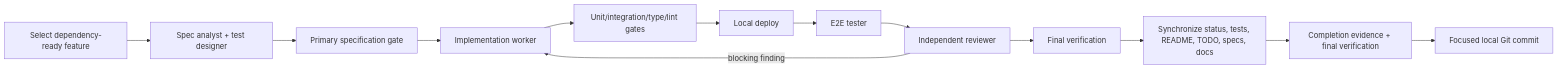
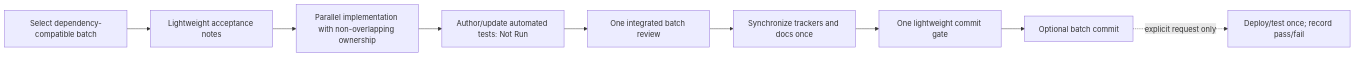
One commit to arpanm/logistics-management changed the diagram in docs/SDLC.md. Above: the diagram before and after it, drawn with Mermaid. The commit also changed other lines of this file and 69 other files, not shown here.

````diff
--- a/docs/SDLC.md
+++ b/docs/SDLC.md
@@ -11,15 +9,11 @@
 ```mermaid
 flowchart LR
-    S["Select dependency-ready feature"] --> P["Spec analyst + test designer"]
-    P --> G["Primary specification gate"]
-    G --> I["Implementation worker"]
-    I --> C["Unit/integration/type/lint gates"]
-    C --> L["Local deploy"]
-    L --> E["E2E tester"]
-    E --> R["Independent reviewer"]
-    R -->|"blocking finding"| I
-    R --> V["Final verification"]
-    V --> S2["Synchronize status, tests, README, TODO, specs, docs"]
-    S2 --> D["Completion evidence + final verification"]
-    D --> M["Focused local Git commit"]
+    B["Select dependency-compatible batch"] --> N["Lightweight acceptance notes"]
+    N --> I["Parallel implementation with non-overlapping ownership"]
+    I --> T["Author/update automated tests: Not Run"]
+    T --> R["One integrated batch review"]
+    R --> S["Synchronize trackers and docs once"]
+    S --> G["One lightweight commit gate"]
+    G --> C["Optional batch commit"]
+    C -. "explicit request only" .-> X["Deploy/test once; record pass/fail"]
 ```
````
